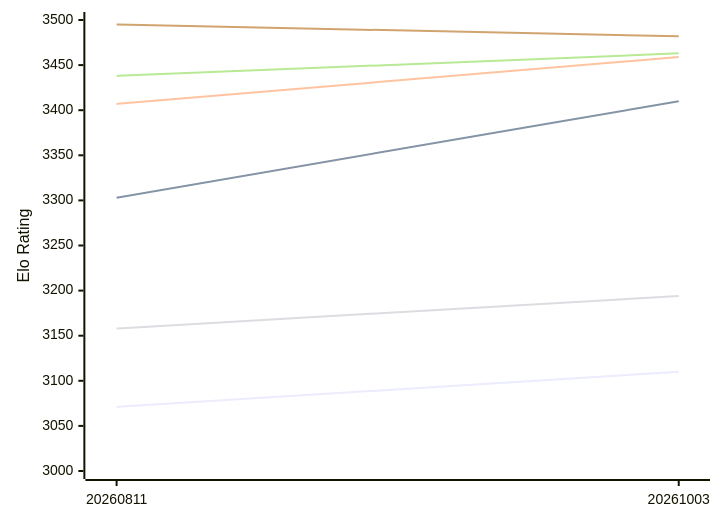
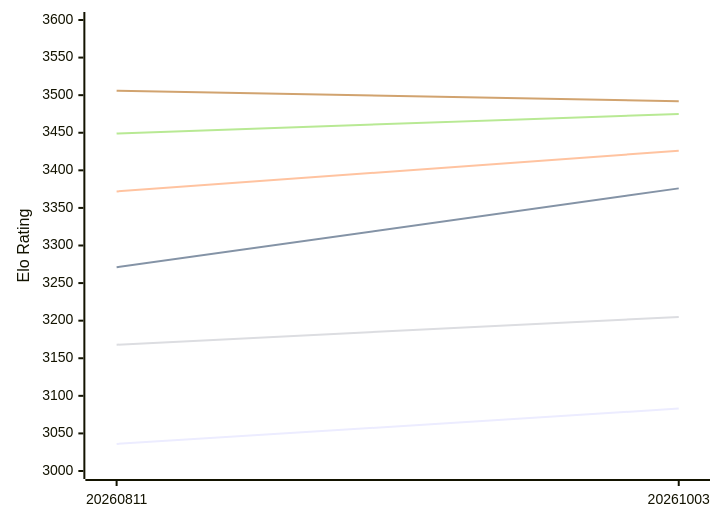
Before and after one commit to computer-chess-index/cci: the first of 2 diagrams in engines/Askaig.md, drawn with Mermaid. The commit also changed other lines of this file, not shown here.

Commit message:
Update CCI Ratings (ELO VLTC) - 2026-11-12

````diff
--- a/engines/Askaig.md
+++ b/engines/Askaig.md
@@ -52,12 +52,12 @@
 ```mermaid
 %%{init: {"theme":"base","themeVariables":{"seriesColors:['#a3a3a3','#222221','#faa371']}}}%%
 xychart-beta
   x-axis ["20260811", "20261003"]
-  y-axis "Elo Rating" 3000 --> 3500
-  line "E1: STC (8.0+0.08s)" [3071, 3110]
-  line "E1: LTC (60.0+0.60s)" [3303, 3410]
-  line "E1: VLTC (2m24s+1.12s)" [3407, 3459]
-  line "P1: STC (8.0+0.08s)" [3158, 3194]
-  line "P1: LTC (60.0+0.60s)" [3438, 3463]
-  line "P1: VLTC (2m24s+1.12s)" [3495, 3482]
+  y-axis "Elo Rating" 3000 --> 3600
+  line "E1: STC (8.0+0.08s)" [3036, 3083]
+  line "E1: LTC (60.0+0.60s)" [3271, 3376]
+  line "E1: VLTC (2m24s+1.12s)" [3372, 3426]
+  line "P1: STC (8.0+0.08s)" [3168, 3205]
+  line "P1: LTC (60.0+0.60s)" [3449, 3475]
+  line "P1: VLTC (2m24s+1.12s)" [3506, 3492]
 ```
````
